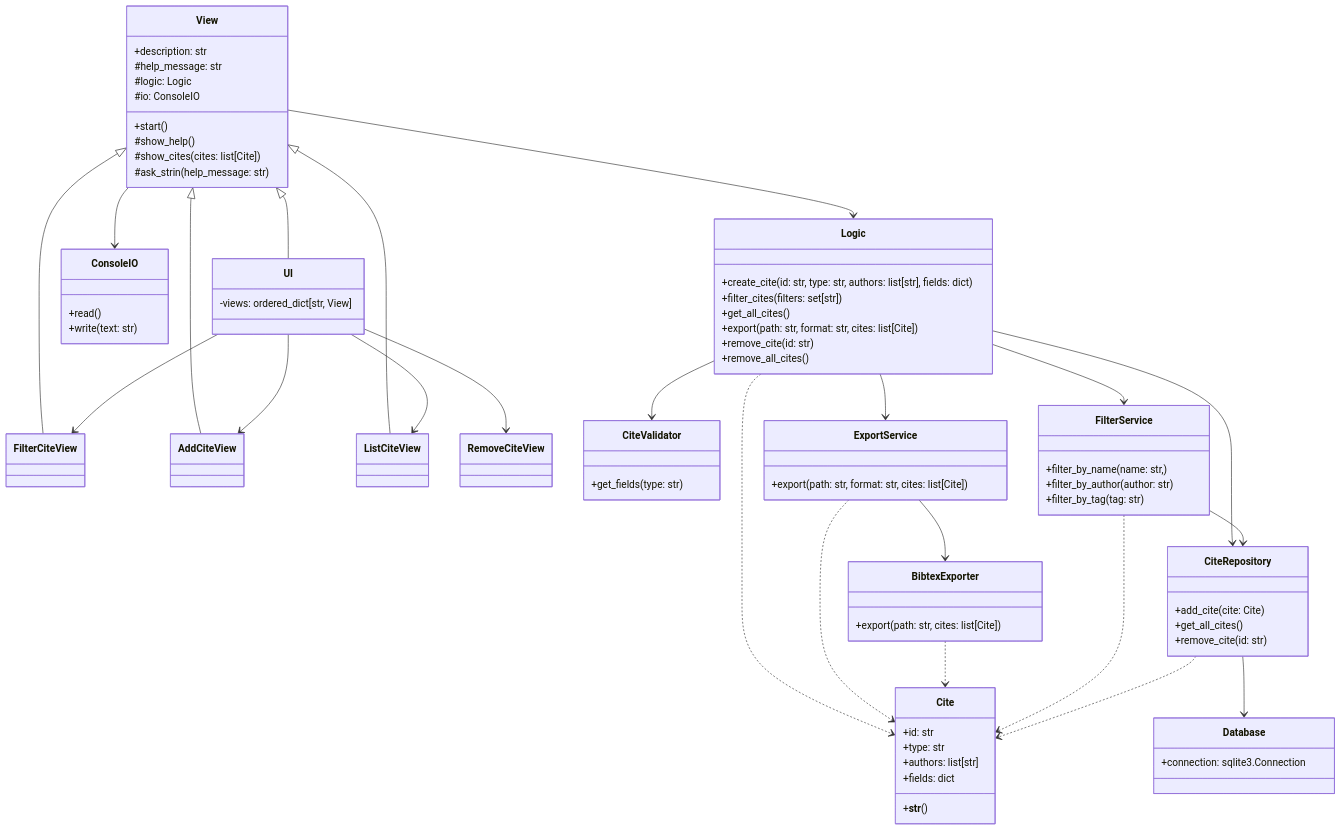
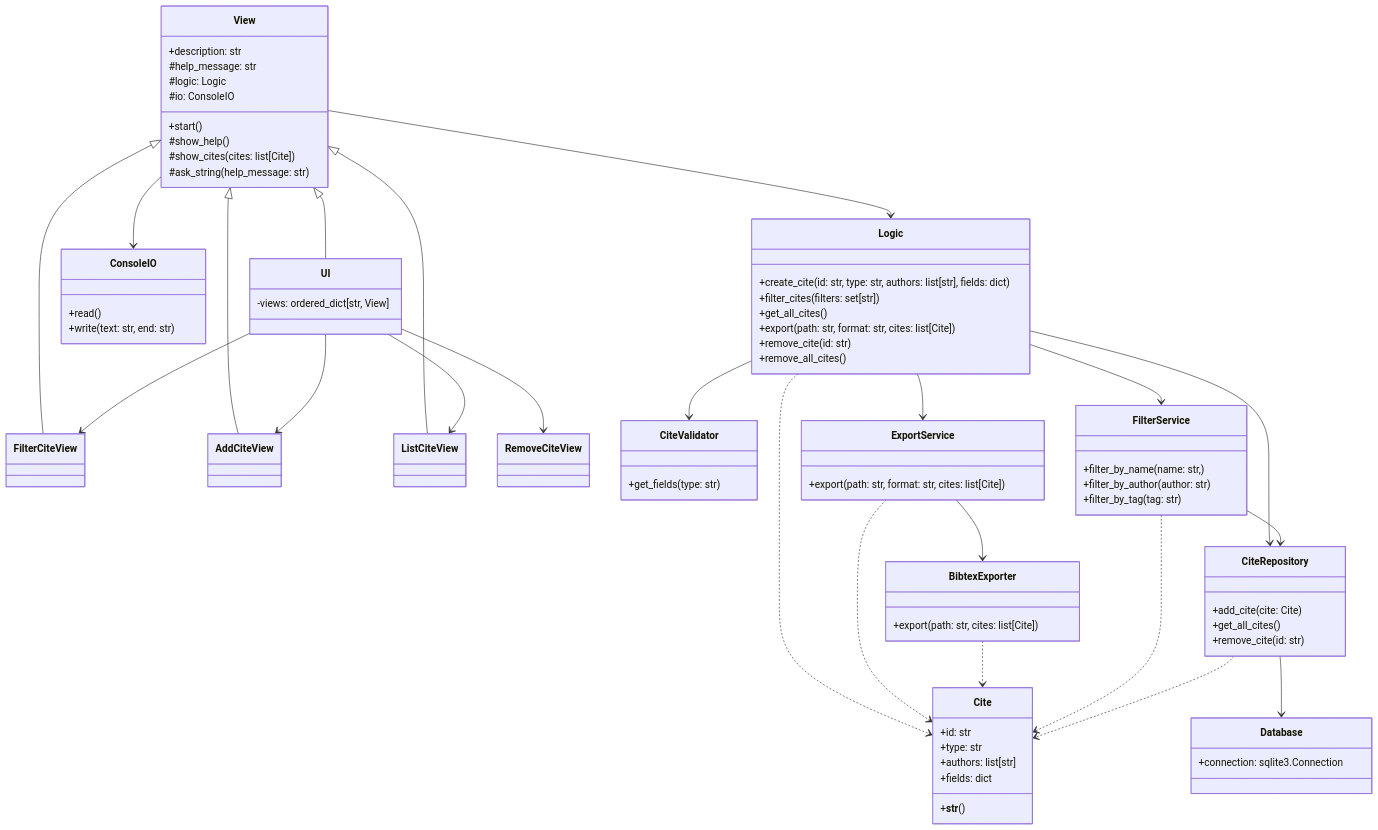
The second of 2 diagrams in docs/arkkitehtuuri.md (TheJiahao/ohtu-miniprojekti), drawn with Mermaid before and after one commit.

```diff
--- a/docs/arkkitehtuuri.md
+++ b/docs/arkkitehtuuri.md
@@ -55,7 +55,7 @@
 
 class ConsoleIO {
     +read()
-    +write(text: str)
+    +write(text: str, end: str)
 }
 
 class View {
@@ -66,7 +66,7 @@
     +start()
     #show_help()
     #show_cites(cites: list[Cite])
-    #ask_strin(help_message: str)
+    #ask_string(help_message: str)
 }
 
 class UI {
```
